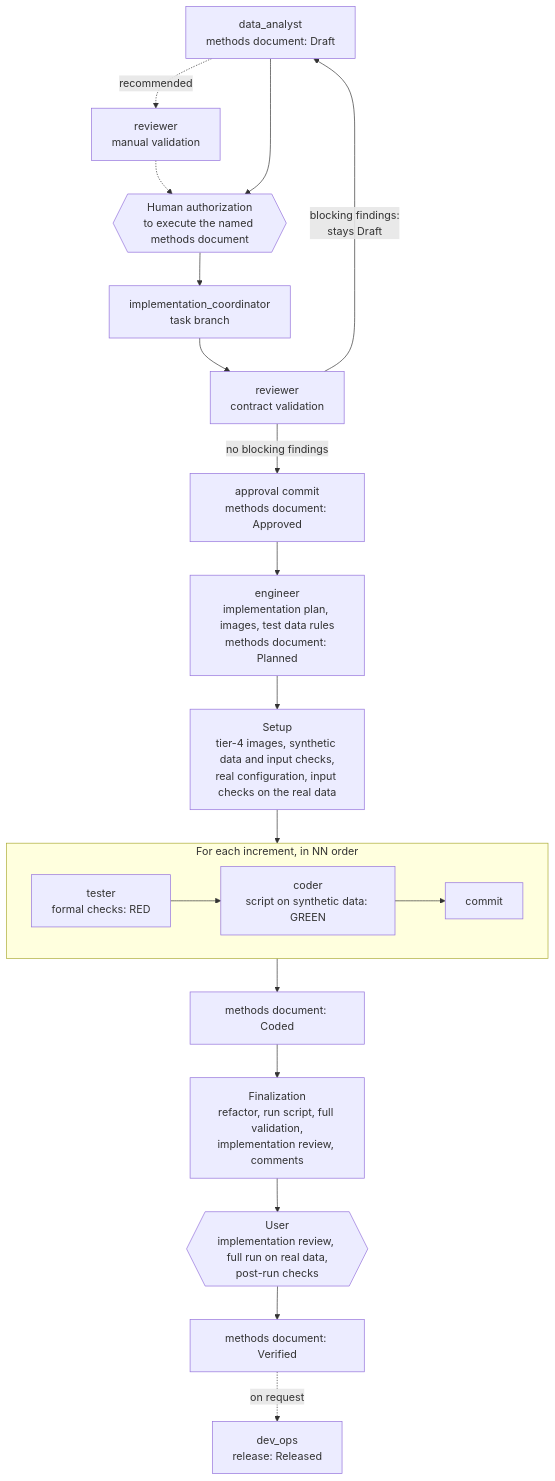
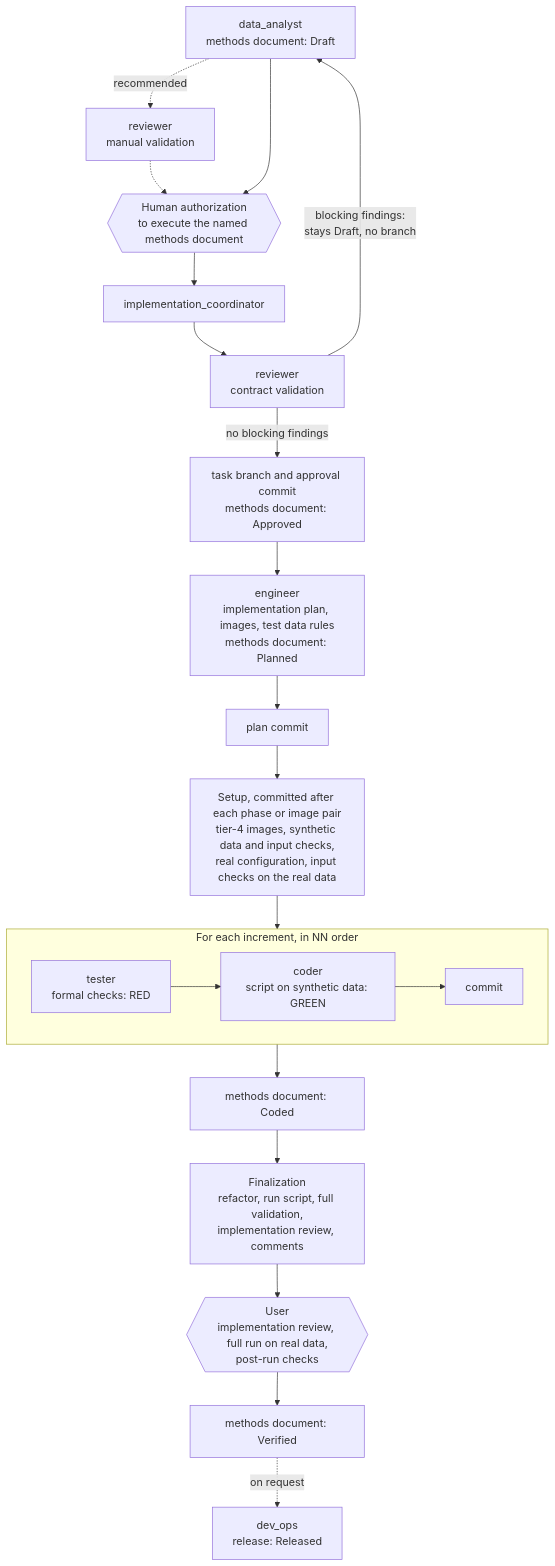
Before and after one commit to yocra3/AI_agents: the second of 2 diagrams in README.md, drawn with Mermaid. The commit also changed other lines of this file and 23 other files, not shown here.

````diff
--- a/README.md
+++ b/README.md
@@ -101,22 +111,23 @@
 ```mermaid
 flowchart TD
     DA["data_analyst<br/>methods document: Draft"] -. recommended .-> MV["reviewer<br/>manual validation"]
     MV -.-> HA
     DA --> HA{{"Human authorization<br/>to execute the named methods document"}}
-    HA --> IC["implementation_coordinator<br/>task branch"]
+    HA --> IC["implementation_coordinator"]
     IC --> RV["reviewer<br/>contract validation"]
-    RV -- "blocking findings:<br/>stays Draft" --> DA
-    RV -- "no blocking findings" --> AP["approval commit<br/>methods document: Approved"]
+    RV -- "blocking findings:<br/>stays Draft, no branch" --> DA
+    RV -- "no blocking findings" --> AP["task branch and approval commit<br/>methods document: Approved"]
     AP --> EN["engineer<br/>implementation plan, images, test data rules<br/>methods document: Planned"]
-    EN --> SE["Setup<br/>tier-4 images, synthetic data and input checks,<br/>real configuration, input checks on the real data"]
+    EN --> PC["plan commit"]
+    PC --> SE["Setup, committed after each phase or image pair<br/>tier-4 images, synthetic data and input checks,<br/>real configuration, input checks on the real data"]
     SE --> INC
     subgraph INC ["For each increment, in NN order"]
         direction LR
         T["tester<br/>formal checks: RED"] --> C["coder<br/>script on synthetic data: GREEN"] --> CM["commit"]
     end
     INC --> CO["methods document: Coded"]
     CO --> FI["Finalization<br/>refactor, run script, full validation,<br/>implementation review, comments"]
     FI --> US{{"User<br/>implementation review, full run on real data,<br/>post-run checks"}}
     US --> VE["methods document: Verified"]
     VE -. on request .-> DO["dev_ops<br/>release: Released"]
 ```
````
